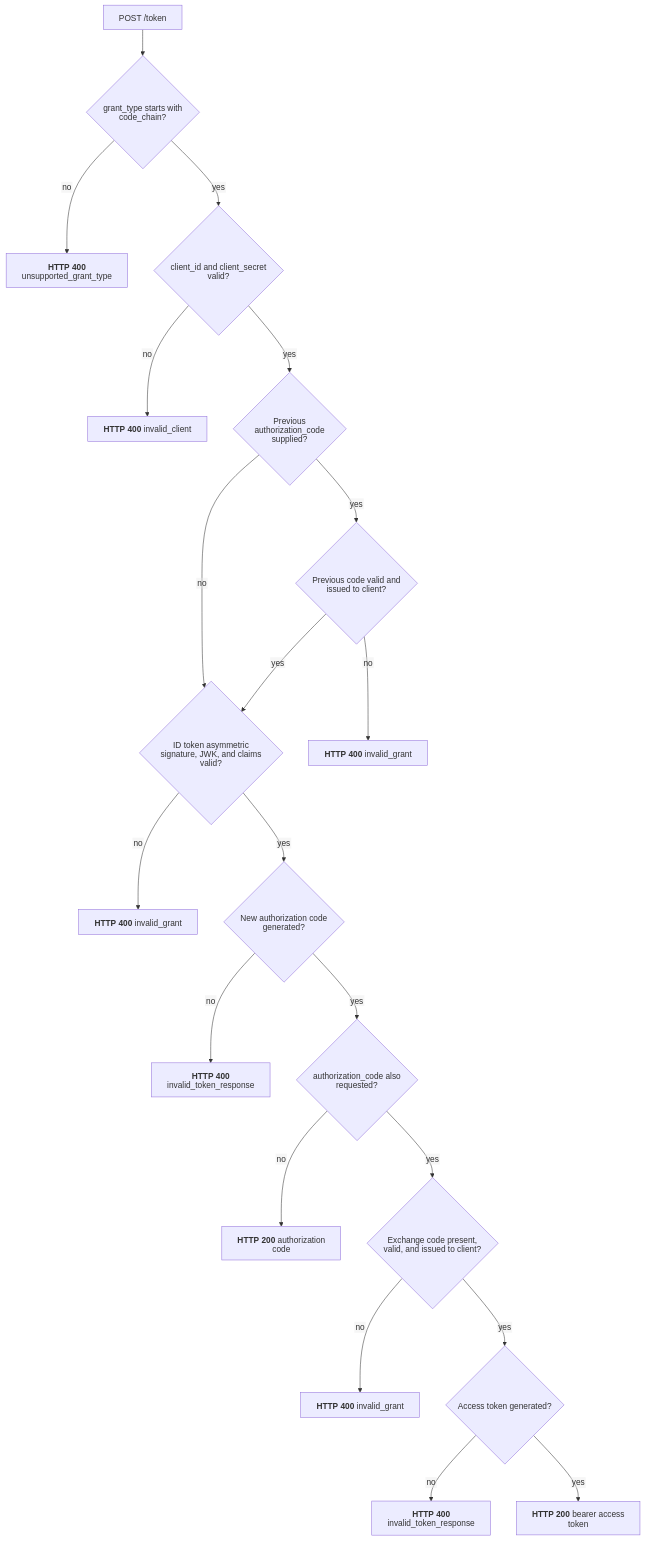
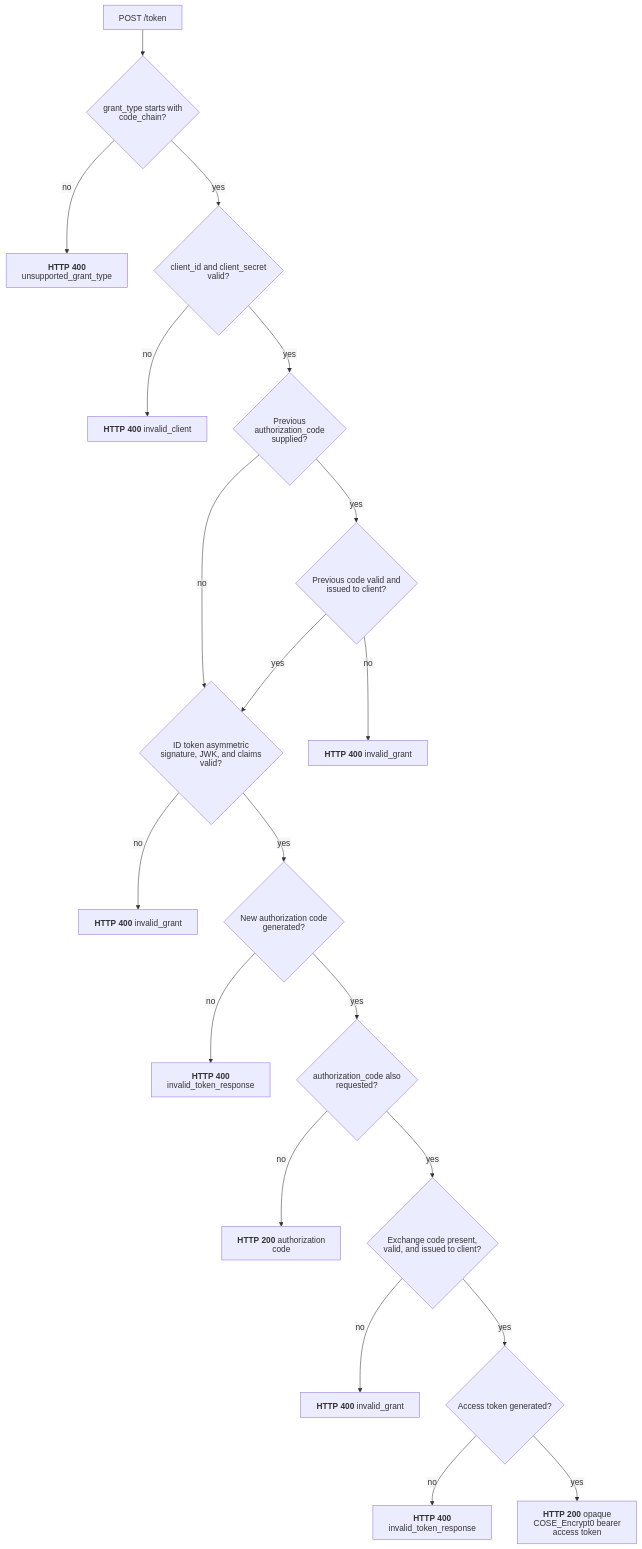
One commit to malach-it/kagome changed the diagram in docs/flows/oauth/code_chain.mmd. Above: the diagram before and after it, drawn with Mermaid. The commit also changed 56 other files, not shown here.

```diff
--- a/docs/flows/oauth/code_chain.mmd
+++ b/docs/flows/oauth/code_chain.mmd
@@ -1,21 +1,21 @@
 %%{init: {"htmlLabels": false, "flowchart": {"htmlLabels": false}}}%%
 flowchart TD
     start[POST /token] --> grant{grant_type starts with code_chain?}
     grant -- no --> unsupported["`**HTTP 400** unsupported_grant_type`"]
     grant -- yes --> client{client_id and client_secret valid?}
     client -- no --> client_error["`**HTTP 400** invalid_client`"]
     client -- yes --> previous{Previous authorization_code supplied?}
     previous -- no --> id_token
     previous -- yes --> previous_valid{Previous code valid and issued to client?}
     previous_valid -- no --> previous_error["`**HTTP 400** invalid_grant`"]
     previous_valid -- yes --> id_token{ID token asymmetric signature, JWK, and claims valid?}
     id_token -- no --> id_error["`**HTTP 400** invalid_grant`"]
     id_token -- yes --> issue{New authorization code generated?}
     issue -- no --> issue_error["`**HTTP 400** invalid_token_response`"]
     issue -- yes --> combined{authorization_code also requested?}
     combined -- no --> code_success["`**HTTP 200** authorization code`"]
     combined -- yes --> exchange{Exchange code present, valid, and issued to client?}
     exchange -- no --> exchange_error["`**HTTP 400** invalid_grant`"]
     exchange -- yes --> access{Access token generated?}
     access -- no --> access_error["`**HTTP 400** invalid_token_response`"]
-    access -- yes --> token_success["`**HTTP 200** bearer access token`"]
+    access -- yes --> token_success["`**HTTP 200** opaque COSE_Encrypt0 bearer access token`"]
```
